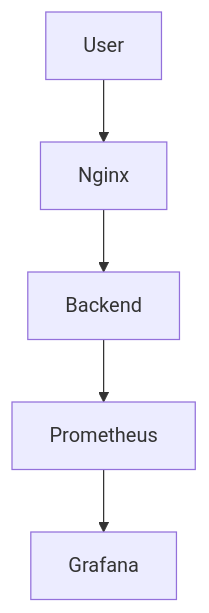
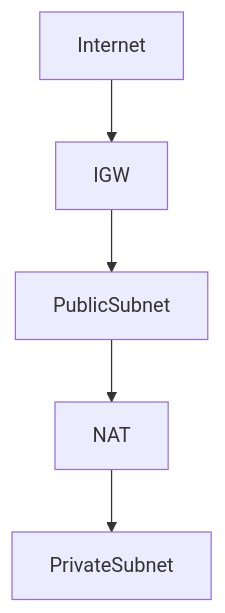
Before and after one commit to arkantandel/vpc-infrastructure-blueprint: the fourth of 6 diagrams in README.md, drawn with Mermaid. The commit also changed other lines of this file, not shown here.

````diff
--- a/README.md
+++ b/README.md
@@ -335,7 +125,4 @@
 ```mermaid
-flowchart TB
-    User --> Nginx
-    Nginx --> Backend
-    Backend --> Prometheus
-    Prometheus --> Grafana
+flowchart TD
+    Internet --> IGW --> PublicSubnet --> NAT --> PrivateSubnet
 ```
````
